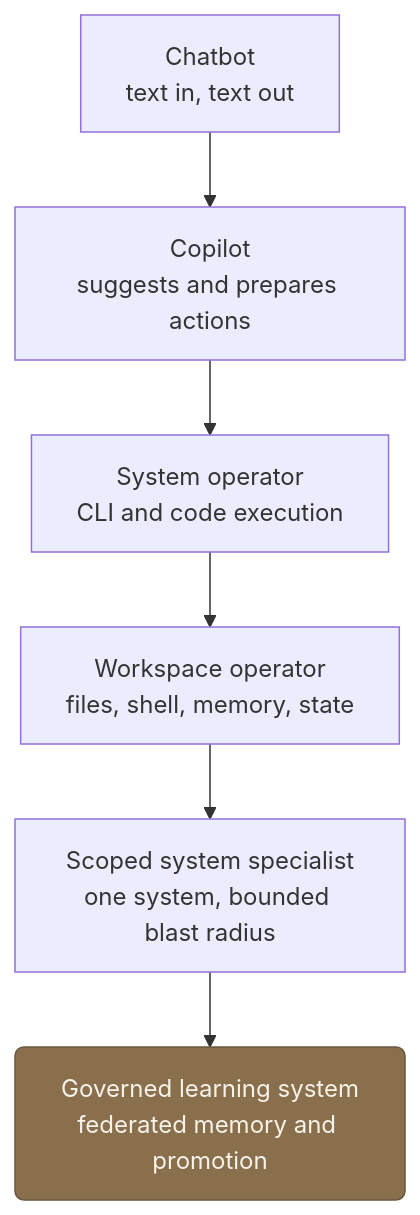
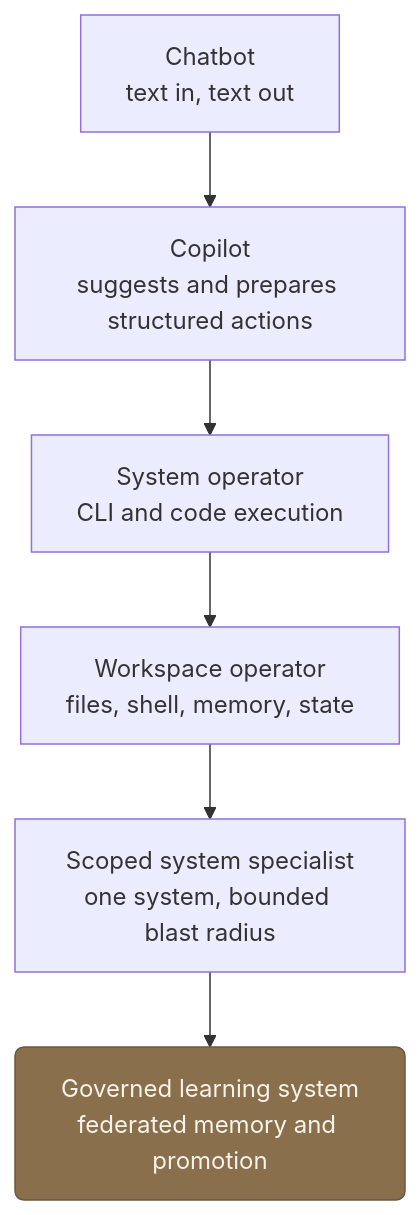
The first of 2 diagrams in content/thoughts/from-chatbots-to-system-operators.md (FVossebeld/FVossebeld.github.io), drawn with Mermaid before and after one commit. The commit also changed 2 other files, not shown here.

Commit message:
Clarify recurring motif guidance and labels

````diff
--- a/content/thoughts/from-chatbots-to-system-operators.md
+++ b/content/thoughts/from-chatbots-to-system-operators.md
@@ -64,13 +64,13 @@
 ```mermaid
 flowchart TD
-  accTitle: How agents evolve from chatbots into governed system operators
+  accTitle: Six-stage evolution from chatbots to governed system operators
   accDescr: A six-stage progression: Chatbot, Copilot, System operator, Workspace operator, Scoped specialist, and Governed learning system.
 
   classDef accent fill:#8a6f4d,stroke:#6b5740,color:#f7f3ea,rx:6,ry:6
 
-  A[Chatbot<br/>text in, text out] --> B[Copilot<br/>suggests and prepares actions]
+  A[Chatbot<br/>text in, text out] --> B[Copilot<br/>suggests and prepares structured actions]
   B --> C[System operator<br/>CLI and code execution]
   C --> D[Workspace operator<br/>files, shell, memory, state]
   D --> E[Scoped system specialist<br/>one system, bounded blast radius]
   E --> F[Governed learning system<br/>federated memory and promotion]:::accent
 ```
````
